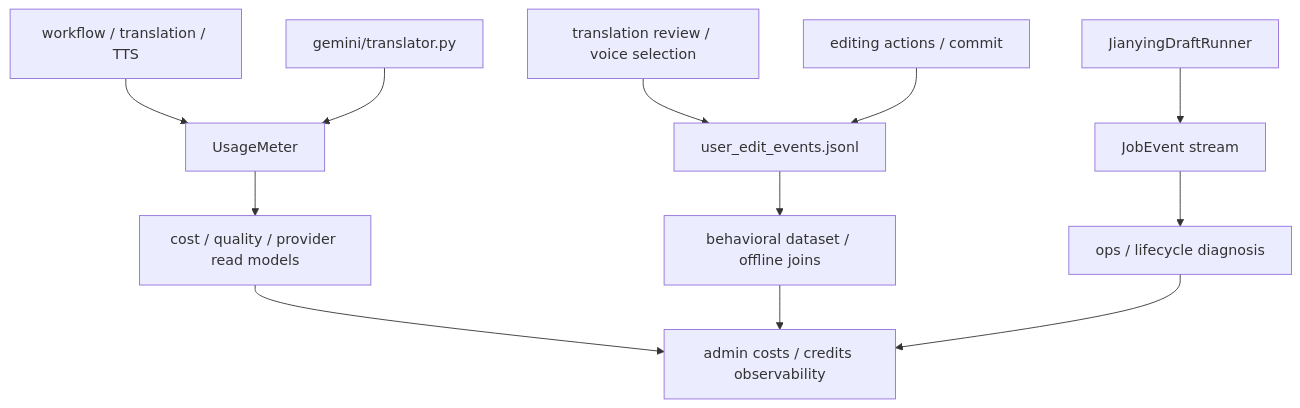
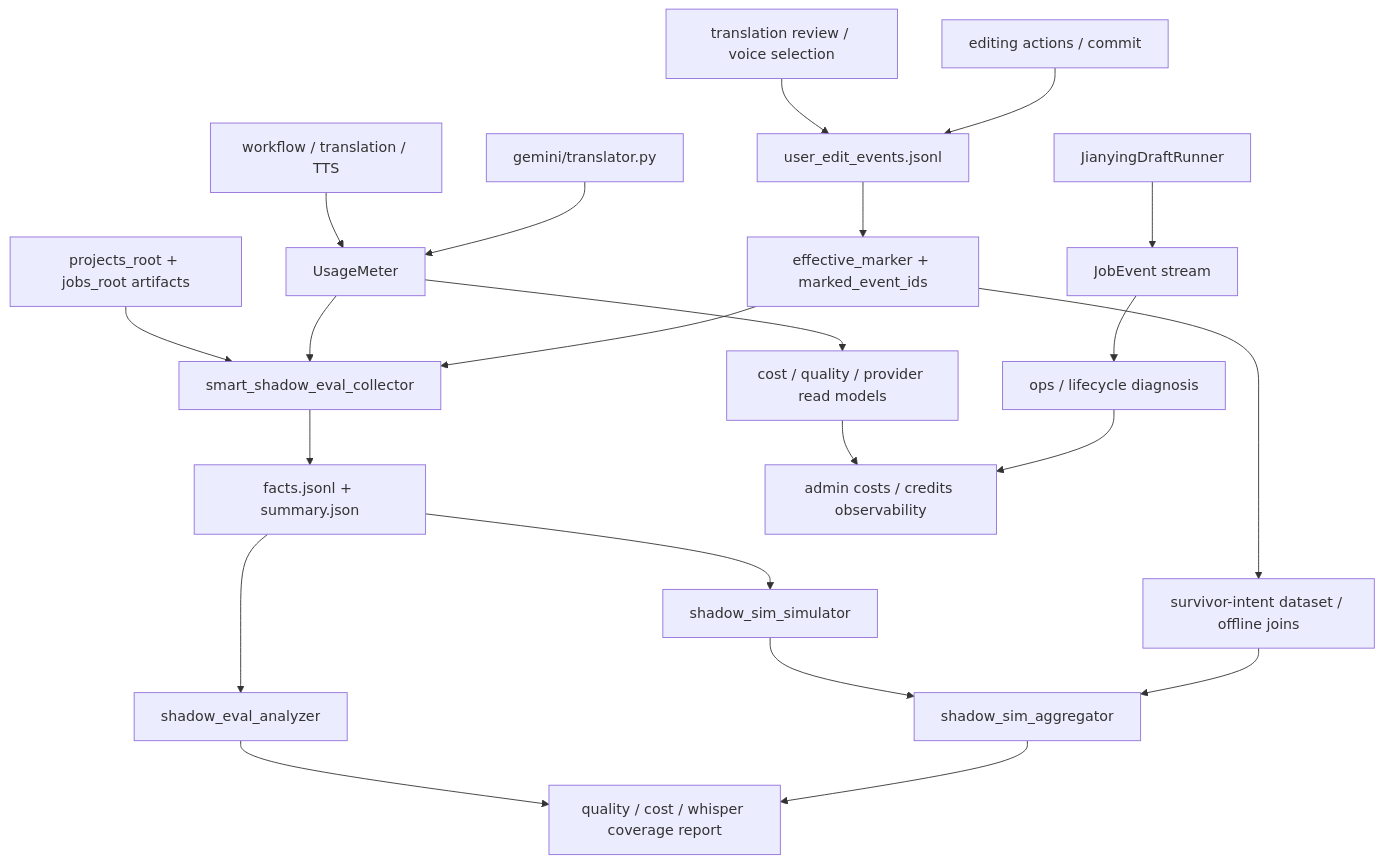
Before and after one commit to sun9bear/AITransVideo: the diagram in docs/graphs/GITNEXUS_BENCHMARK_QUALITY_COST_GRAPH.md, drawn with Mermaid. The commit also changed other lines of this file and 6 other files, not shown here.

Commit message:
docs(graphs): refresh GitNexus graphs to 5c88213

````diff
--- a/docs/graphs/GITNEXUS_BENCHMARK_QUALITY_COST_GRAPH.md
+++ b/docs/graphs/GITNEXUS_BENCHMARK_QUALITY_COST_GRAPH.md
@@ -16,16 +18,27 @@
 ```mermaid
 graph TD
     Workflow["workflow / translation / TTS"] --> Usage["UsageMeter"]
     Translator["gemini/translator.py"] --> Usage
     Review["translation review / voice selection"] --> UserAudit["user_edit_events.jsonl"]
     PostEdit["editing actions / commit"] --> UserAudit
     Runner["JianyingDraftRunner"] --> JobEvents["JobEvent stream"]
 
+    UserAudit --> Marker["effective_marker + marked_event_ids"]
     Usage --> CostRead["cost / quality / provider read models"]
-    UserAudit --> Behavior["behavioral dataset / offline joins"]
+    Marker --> Behavior["survivor-intent dataset / offline joins"]
     JobEvents --> Lifecycle["ops / lifecycle diagnosis"]
 
+    Artifacts["projects_root + jobs_root artifacts"] --> Collector["smart_shadow_eval_collector"]
+    Usage --> Collector
+    Marker --> Collector
+    Collector --> Facts["facts.jsonl + summary.json"]
+    Facts --> Analyzer["shadow_eval_analyzer"]
+    Facts --> Simulator["shadow_sim_simulator"]
+    Simulator --> Aggregator["shadow_sim_aggregator"]
+
     CostRead --> Admin["admin costs / credits observability"]
-    Behavior --> Admin
+    Behavior --> Aggregator
     Lifecycle --> Admin
+    Analyzer --> Reports["quality / cost / whisper coverage report"]
+    Aggregator --> Reports
 ```
````
